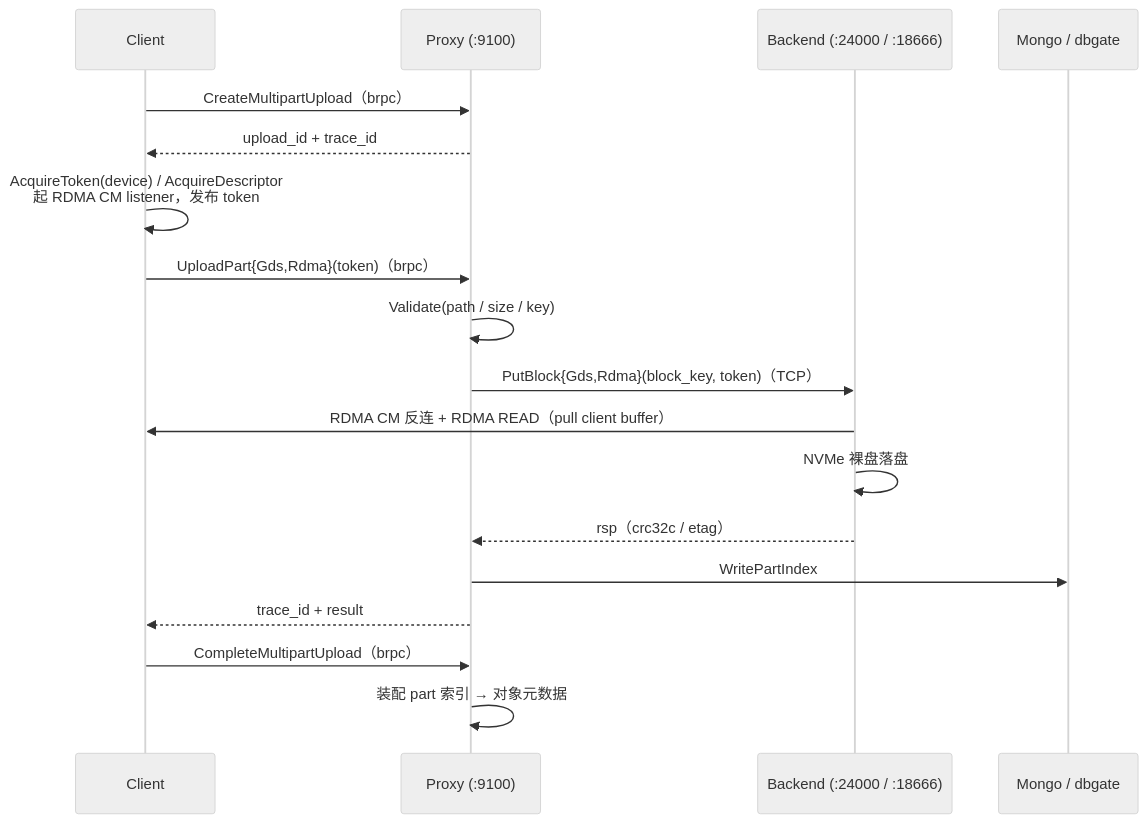
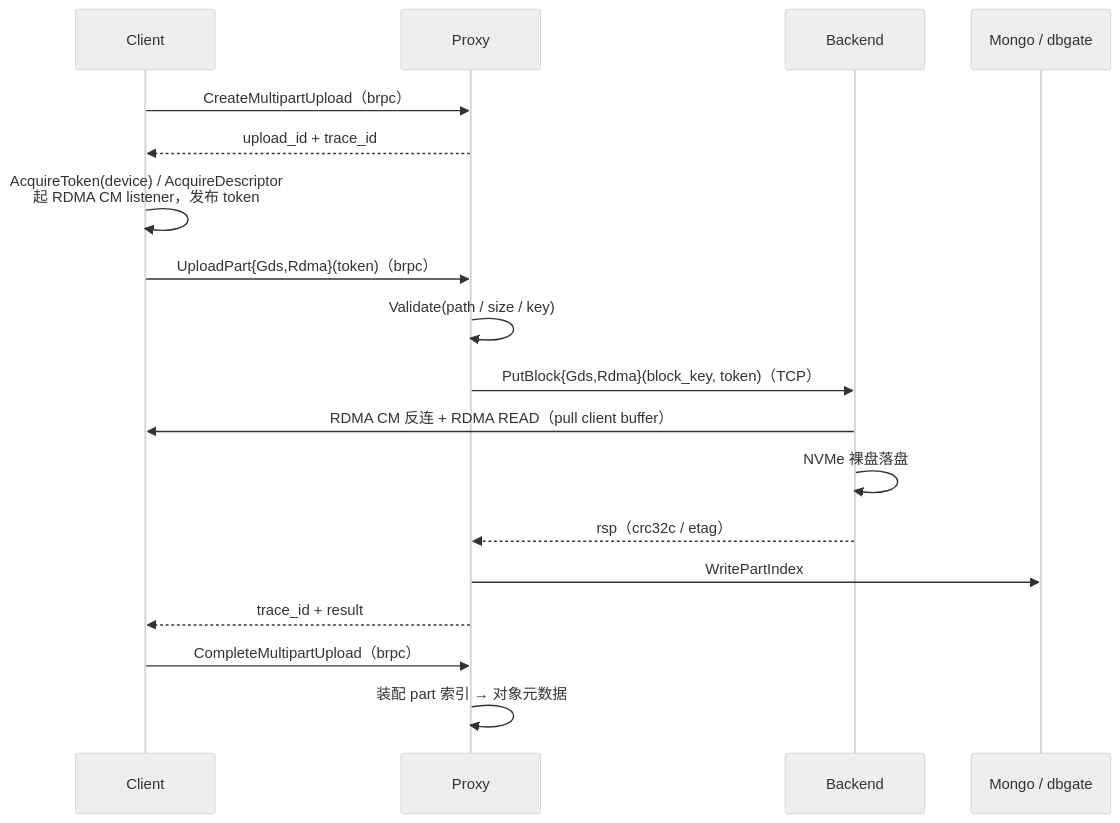
The second of 3 diagrams in docs/PROJECT_OVERVIEW.md (Starlight15/Us3Turbo), drawn with Mermaid (neutral theme) before and after one commit. The commit also changed other lines of this file, not shown here.

First line of the commit message:
docs: 系统架构图去除裸端口号与内部模块名

````diff
--- a/docs/PROJECT_OVERVIEW.md
+++ b/docs/PROJECT_OVERVIEW.md
@@ -131,21 +131,21 @@
 ```mermaid
 sequenceDiagram
   participant C as Client
-  participant P as Proxy (:9100)
-  participant B as Backend (:24000 / :18666)
+  participant P as Proxy
+  participant B as Backend
   participant DB as Mongo / dbgate
 
   C->>P: CreateMultipartUpload（brpc）
   P-->>C: upload_id + trace_id
   C->>C: AcquireToken(device) / AcquireDescriptor<br/>起 RDMA CM listener，发布 token
   C->>P: UploadPart{Gds,Rdma}(token)（brpc）
   P->>P: Validate(path / size / key)
   P->>B: PutBlock{Gds,Rdma}(block_key, token)（TCP）
   B->>C: RDMA CM 反连 + RDMA READ（pull client buffer）
   B->>B: NVMe 裸盘落盘
   B-->>P: rsp（crc32c / etag）
   P->>DB: WritePartIndex
   P-->>C: trace_id + result
   C->>P: CompleteMultipartUpload（brpc）
   P->>P: 装配 part 索引 → 对象元数据
 ```
````
